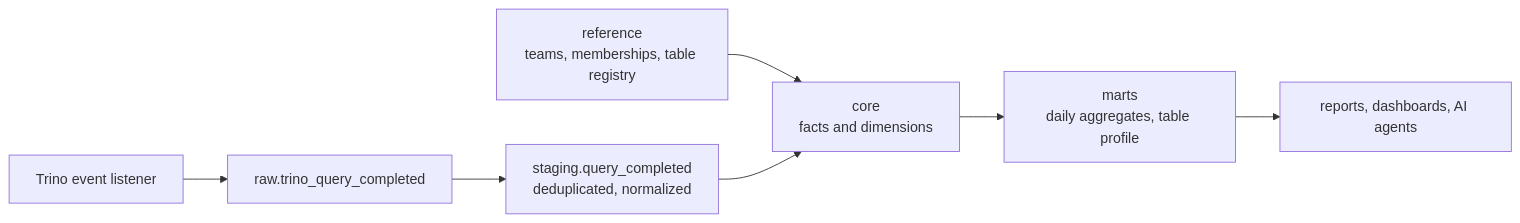
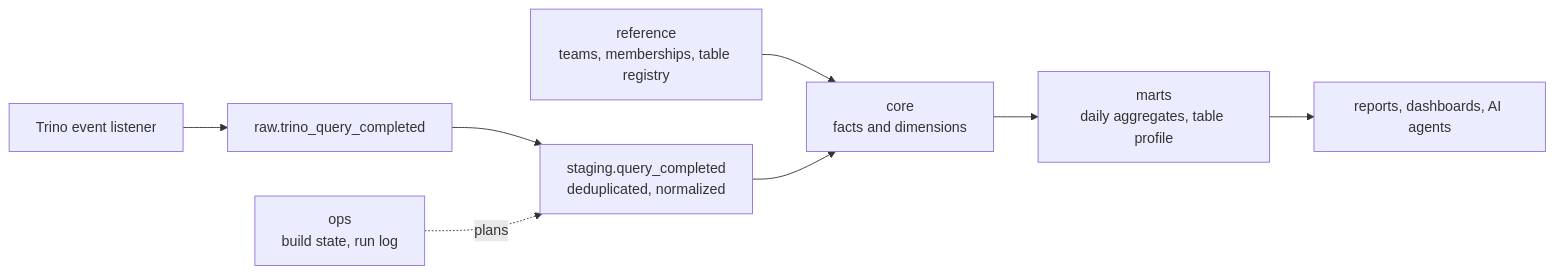
The first of 2 diagrams in README.md (alexSerranoR/trino-usage-meta-dwh), drawn with Mermaid before and after one commit. The commit also changed other lines of this file, not shown here.

Commit message:
docs: document build planner, storage layout and repeated query patterns

````diff
--- a/README.md
+++ b/README.md
@@ -61,9 +77,10 @@
 ```mermaid
 flowchart LR
     L[Trino event listener] --> R[raw.trino_query_completed]
     REF[reference<br/>teams, memberships, table registry] --> C
     R --> S[staging.query_completed<br/>deduplicated, normalized]
     S --> C[core<br/>facts and dimensions]
     C --> M[marts<br/>daily aggregates, table profile]
     M --> Q[reports, dashboards, AI agents]
+    OPS[ops<br/>build state, run log] -. plans .-> S
 ```
````
